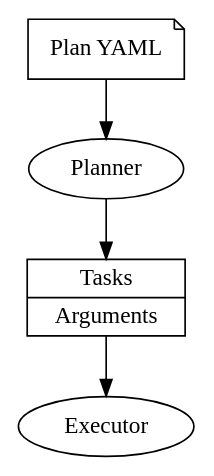
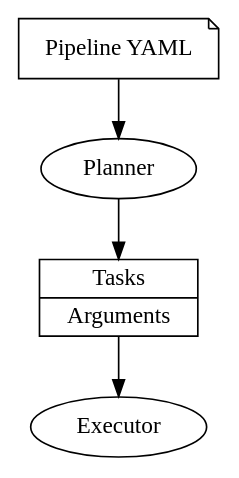
The first of 2 diagrams in design.org (yougov/deadlines), drawn with Graphviz before and after one commit. The commit also changed other lines of this file, not shown here.

```diff
--- a/design.org
+++ b/design.org
@@ -13,9 +13,9 @@
 #+begin_src dot :file flowchart.png
   digraph FlowChart {
           plan -> planner -> execution_plan -> executor;
-          plan [shape=note, label="Plan YAML"];
+          plan [shape=note, label="Pipeline YAML"];
           planner [label="Planner"];
           execution_plan [shape=record, label="{Tasks | Arguments}"];
           executor [label="Executor"];
   }
 #+end_src
```
